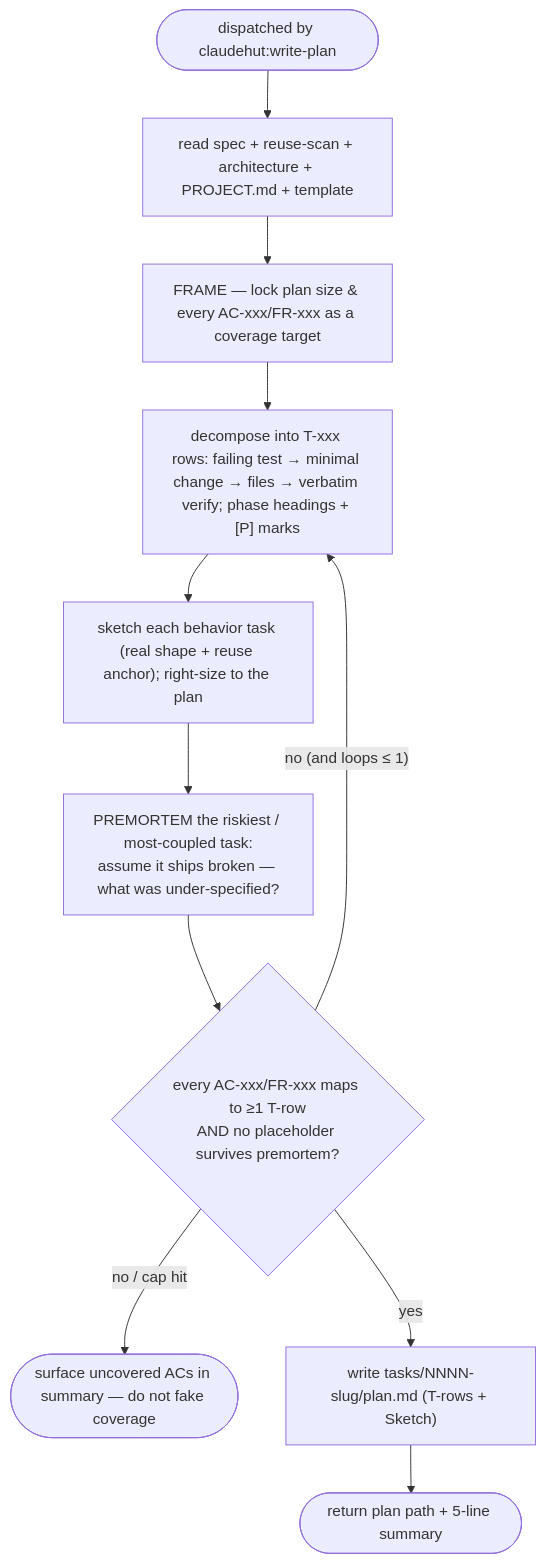
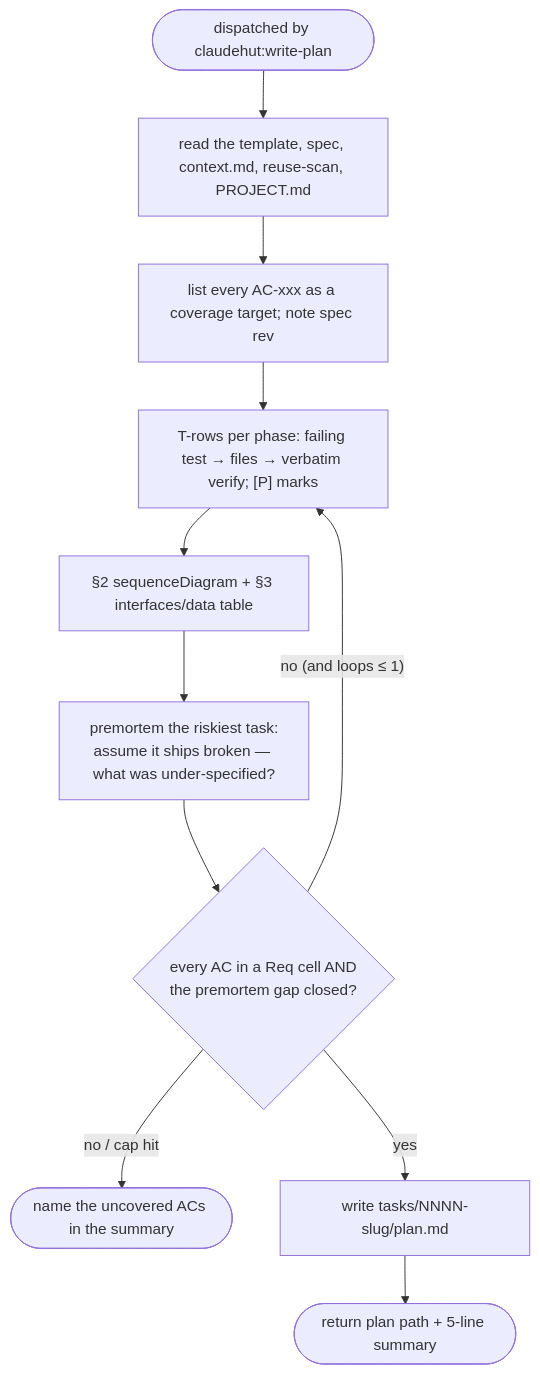
Before and after one commit to taipt1504/claudehut: the diagram in agents/claudehut-planner.md, drawn with Mermaid. The commit also changed other lines of this file and 48 other files, not shown here.

````diff
--- a/agents/claudehut-planner.md
+++ b/agents/claudehut-planner.md
@@ -17,13 +17,13 @@
 ```mermaid
 flowchart TB
-    a(["dispatched by claudehut:write-plan"]) --> read["read spec + reuse-scan + architecture + PROJECT.md + template"]
-    read --> lock["FRAME — lock plan size & every AC-xxx/FR-xxx as a coverage target"]
-    lock --> decomp["decompose into T-xxx rows: failing test → minimal change → files → verbatim verify; phase headings + [P] marks"]
-    decomp --> sketch["sketch each behavior task (real shape + reuse anchor); right-size to the plan"]
-    sketch --> pre["PREMORTEM the riskiest / most-coupled task:<br/>assume it ships broken — what was under-specified?"]
-    pre --> cov{"every AC-xxx/FR-xxx maps to ≥1 T-row<br/>AND no placeholder survives premortem?"}
+    a(["dispatched by claudehut:write-plan"]) --> read["read the template, spec, context.md, reuse-scan, PROJECT.md"]
+    read --> lock["list every AC-xxx as a coverage target; note spec rev"]
+    lock --> decomp["T-rows per phase: failing test → files → verbatim verify; [P] marks"]
+    decomp --> shape["§2 sequenceDiagram + §3 interfaces/data table"]
+    shape --> pre["premortem the riskiest task:<br/>assume it ships broken — what was under-specified?"]
+    pre --> cov{"every AC in a Req cell AND<br/>the premortem gap closed?"}
     cov -- "no (and loops ≤ 1)" --> decomp
-    cov -- "no / cap hit" --> esc(["surface uncovered ACs in summary — do not fake coverage"])
-    cov -- "yes" --> write["write tasks/NNNN-slug/plan.md (T-rows + Sketch)"]
+    cov -- "no / cap hit" --> esc(["name the uncovered ACs in the summary"])
+    cov -- "yes" --> write["write tasks/NNNN-slug/plan.md"]
     write --> out(["return plan path + 5-line summary"])
 ```
````
